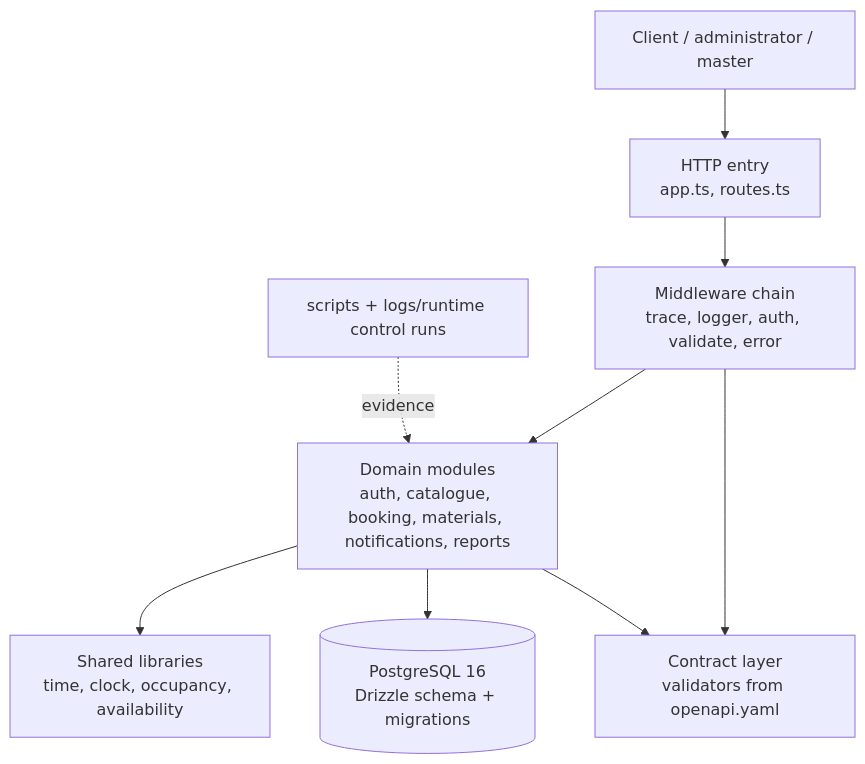
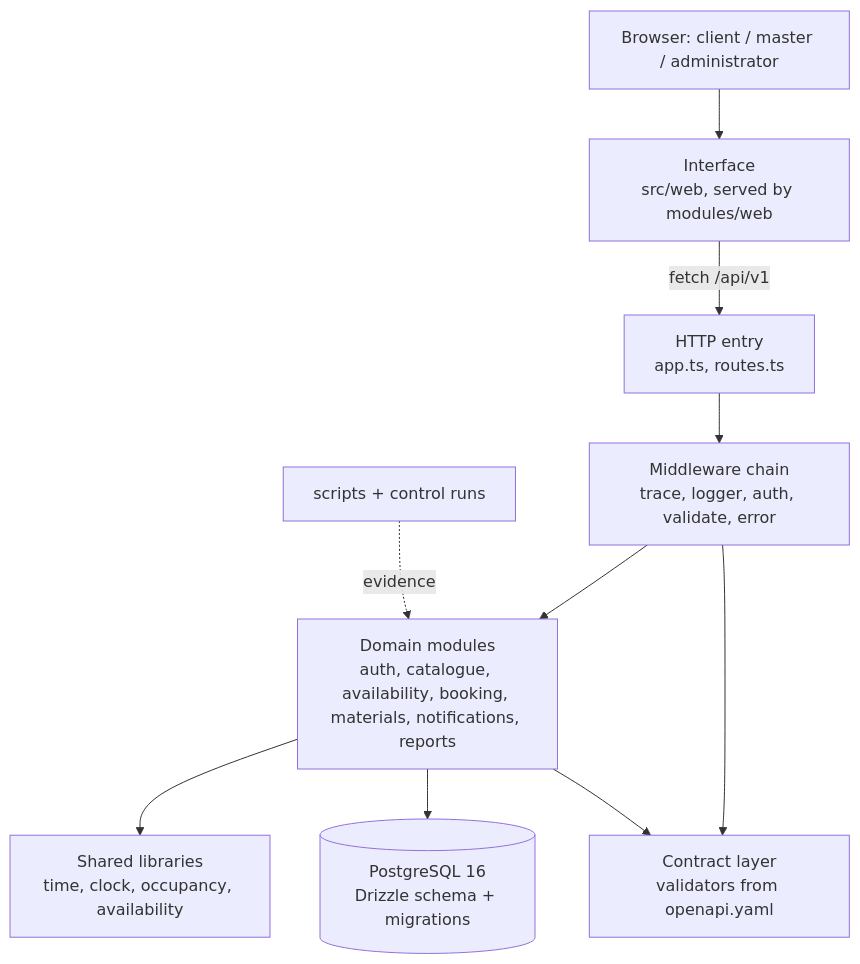
One commit to setrios/salon-management-system changed the diagram in docs/components.md. Above: the diagram before and after it, drawn with Mermaid. The commit also changed other lines of this file, not shown here.

Commit message:
docs: update the component map with the interface (SMS-61)

````diff
--- a/docs/components.md
+++ b/docs/components.md
@@ -19,11 +21,12 @@
 ```mermaid
 flowchart TB
-  client[Client / administrator / master] --> http[HTTP entry<br/>app.ts, routes.ts]
+  browser[Browser: client / master / administrator] --> web[Interface<br/>src/web, served by modules/web]
+  web -->|fetch /api/v1| http[HTTP entry<br/>app.ts, routes.ts]
   http --> mw[Middleware chain<br/>trace, logger, auth, validate, error]
-  mw --> mod[Domain modules<br/>auth, catalogue, booking, materials, notifications, reports]
+  mw --> mod[Domain modules<br/>auth, catalogue, availability, booking, materials, notifications, reports]
   mod --> lib[Shared libraries<br/>time, clock, occupancy, availability]
   mod --> db[(PostgreSQL 16<br/>Drizzle schema + migrations)]
   mw --> contract[Contract layer<br/>validators from openapi.yaml]
   mod --> contract
-  ops[scripts + logs/runtime control runs] -.->|evidence| mod
+  ops[scripts + control runs] -.->|evidence| mod
 ```
````
